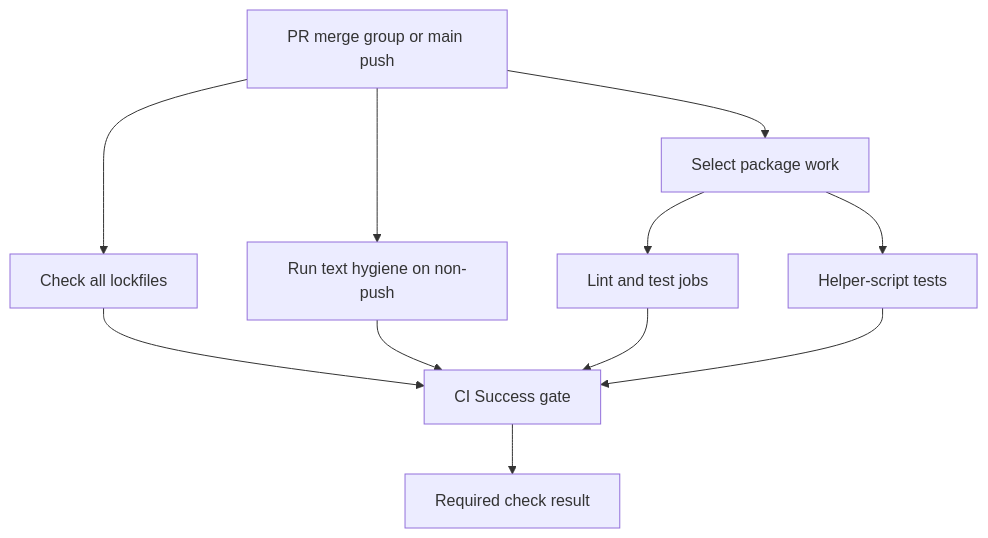
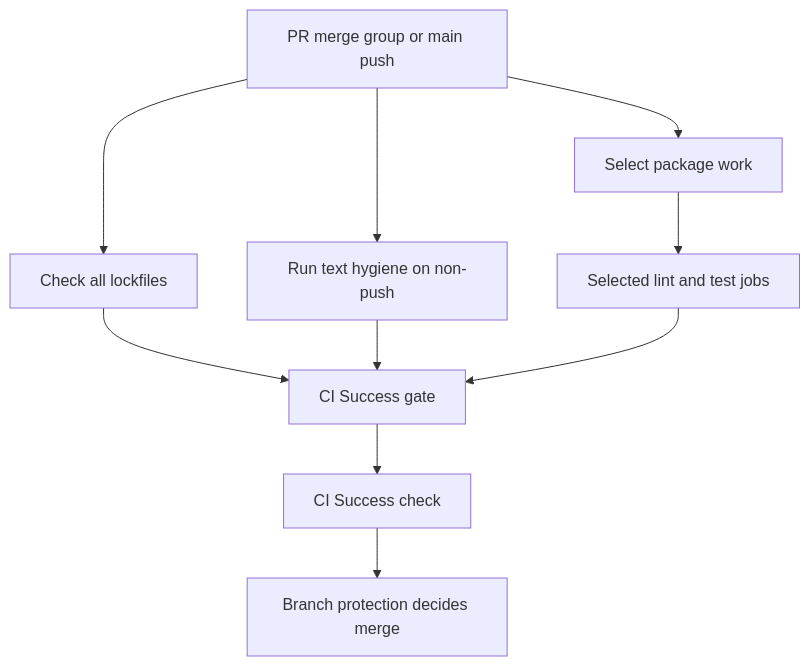
One commit to langchain-ai/deepagents changed the first of 2 diagrams in openwiki/operations/ci-labeling.md. Above: the diagram before and after it, drawn with Mermaid. The commit also changed other lines of this file and 34 other files, not shown here.

````diff
--- a/openwiki/operations/ci-labeling.md
+++ b/openwiki/operations/ci-labeling.md
@@ -85,13 +71,12 @@
 ```mermaid
 flowchart TD
     Trigger["PR merge group or main push"] --> Lock["Check all lockfiles"]
     Trigger --> Hygiene["Run text hygiene on non-push"]
-    Trigger --> Changes["Select package work"]
+    Trigger --> Select["Select package work"]
     Lock --> Gate["CI Success gate"]
     Hygiene --> Gate
-    Changes --> Package["Lint and test jobs"]
-    Package --> Gate
-    Changes --> Helpers["Helper-script tests"]
-    Helpers --> Gate
-    Gate --> Status["Required check result"]
+    Select --> Tests["Selected lint and test jobs"]
+    Tests --> Gate
+    Gate --> Check["CI Success check"]
+    Check --> Protection["Branch protection decides merge"]
 ```
````
